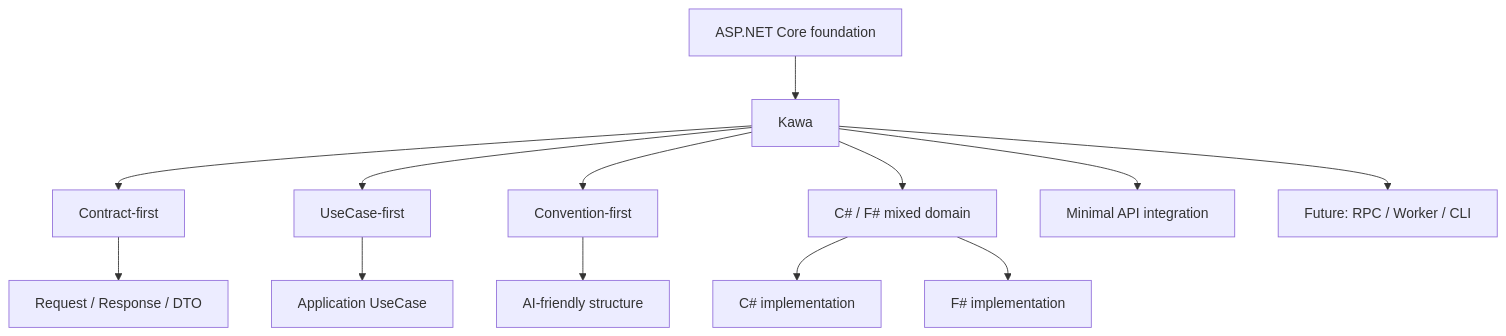
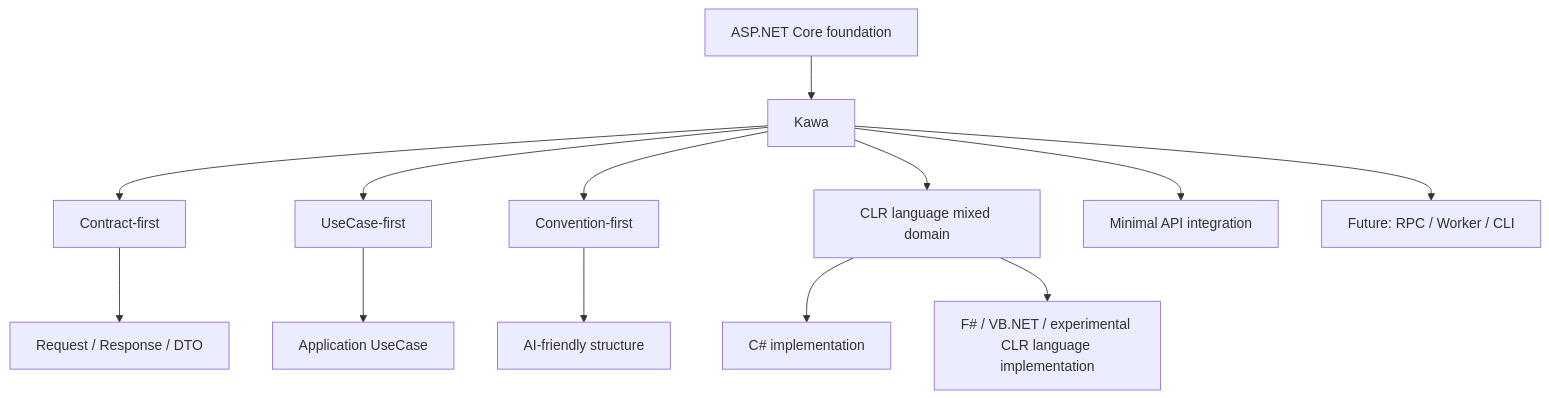
One commit to huideyeren/Kawa changed the first of 23 diagrams in docs/design-principles.md. Above: the diagram before and after it, drawn with Mermaid. The commit also changed other lines of this file and 13 other files, not shown here.

````diff
--- a/docs/design-principles.md
+++ b/docs/design-principles.md
@@ -31,16 +31,16 @@
 ```mermaid
 flowchart TD
     A[ASP.NET Core foundation] --> B[Kawa]
     B --> C[Contract-first]
     B --> D[UseCase-first]
     B --> L[Convention-first]
-    B --> E[C# / F# mixed domain]
+    B --> E[CLR language mixed domain]
     B --> F[Minimal API integration]
     B --> G[Future: RPC / Worker / CLI]
 
     C --> H[Request / Response / DTO]
     D --> I[Application UseCase]
     L --> M[AI-friendly structure]
     E --> J[C# implementation]
-    E --> K[F# implementation]
+    E --> K[F# / VB.NET / experimental CLR language implementation]
 ```
````
